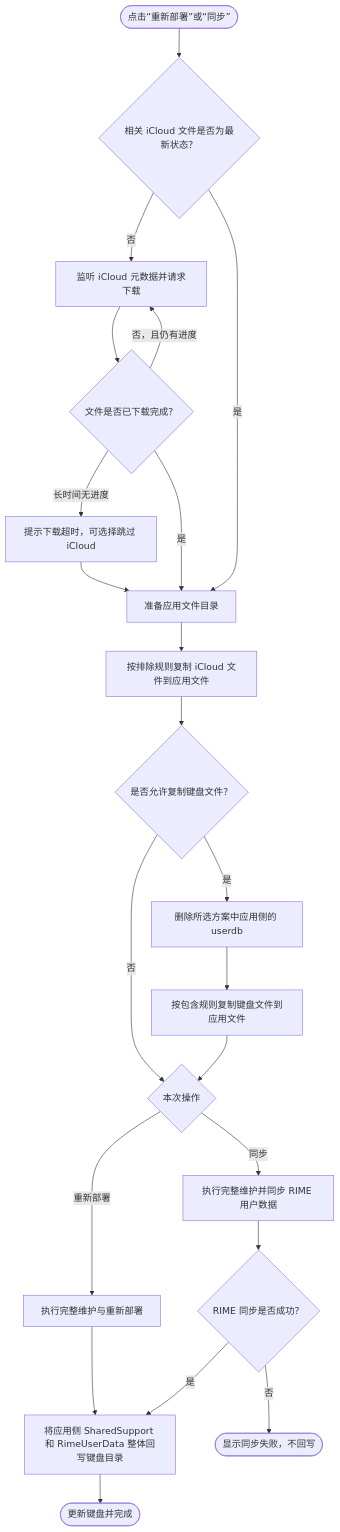
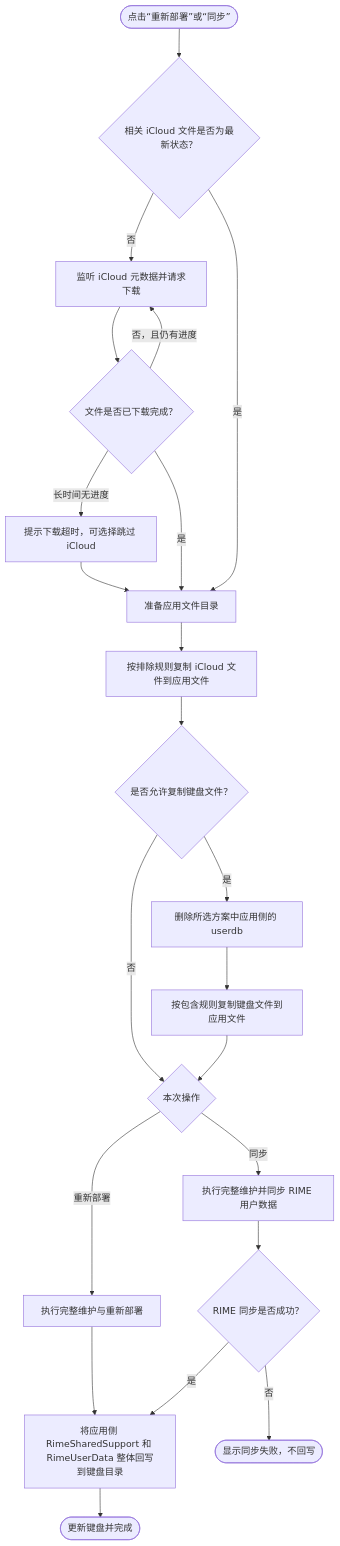
One commit to imfuxiao/Hamster3Document changed the diagram in src/content/docs/guides/file-manager.mdx. Above: the diagram before and after it, drawn with Mermaid. The commit also changed other lines of this file, not shown here.

````diff
--- a/src/content/docs/guides/file-manager.mdx
+++ b/src/content/docs/guides/file-manager.mdx
@@ -26,24 +71,24 @@
 ```mermaid
 flowchart TD
     start([点击“重新部署”或“同步”]) --> checkCloud{相关 iCloud 文件是否为最新状态？}
     checkCloud -->|否| requestDownload[监听 iCloud 元数据并请求下载]
     requestDownload --> downloadDone{文件是否已下载完成？}
     downloadDone -->|否，且仍有进度| requestDownload
     downloadDone -->|长时间无进度| timeout[提示下载超时，可选择跳过 iCloud]
     timeout --> prepare
     downloadDone -->|是| prepare[准备应用文件目录]
     checkCloud -->|是| prepare
     prepare --> cloudToApp[按排除规则复制 iCloud 文件到应用文件]
     cloudToApp --> keyboardEnabled{是否允许复制键盘文件？}
     keyboardEnabled -->|是| removeUserdb[删除所选方案中应用侧的 userdb]
     removeUserdb --> keyboardToApp[按包含规则复制键盘文件到应用文件]
     keyboardEnabled -->|否| chooseAction
     keyboardToApp --> chooseAction{本次操作}
     chooseAction -->|重新部署| deploy[执行完整维护与重新部署]
     chooseAction -->|同步| sync[执行完整维护并同步 RIME 用户数据]
-    deploy --> appToKeyboard[将应用侧 SharedSupport 和 RimeUserData 整体回写键盘目录]
+    deploy --> appToKeyboard[将应用侧 RimeSharedSupport 和 RimeUserData 整体回写到键盘目录]
     sync --> syncSuccess{RIME 同步是否成功？}
     syncSuccess -->|是| appToKeyboard
     syncSuccess -->|否| failed([显示同步失败，不回写])
     appToKeyboard --> finish([更新键盘并完成])
 ```
````
